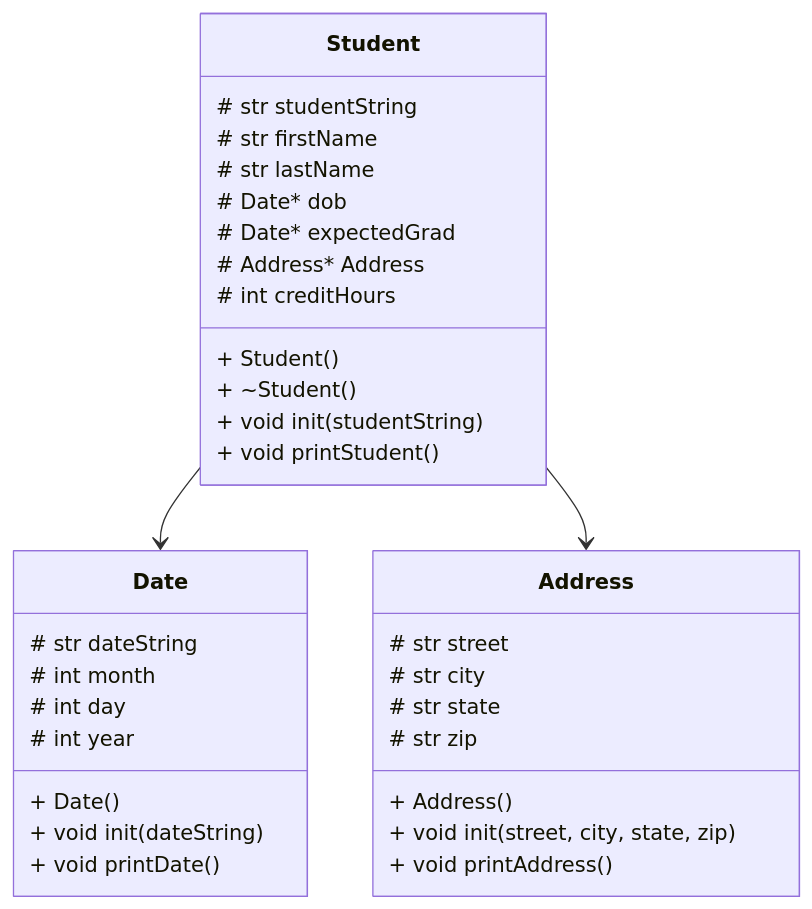
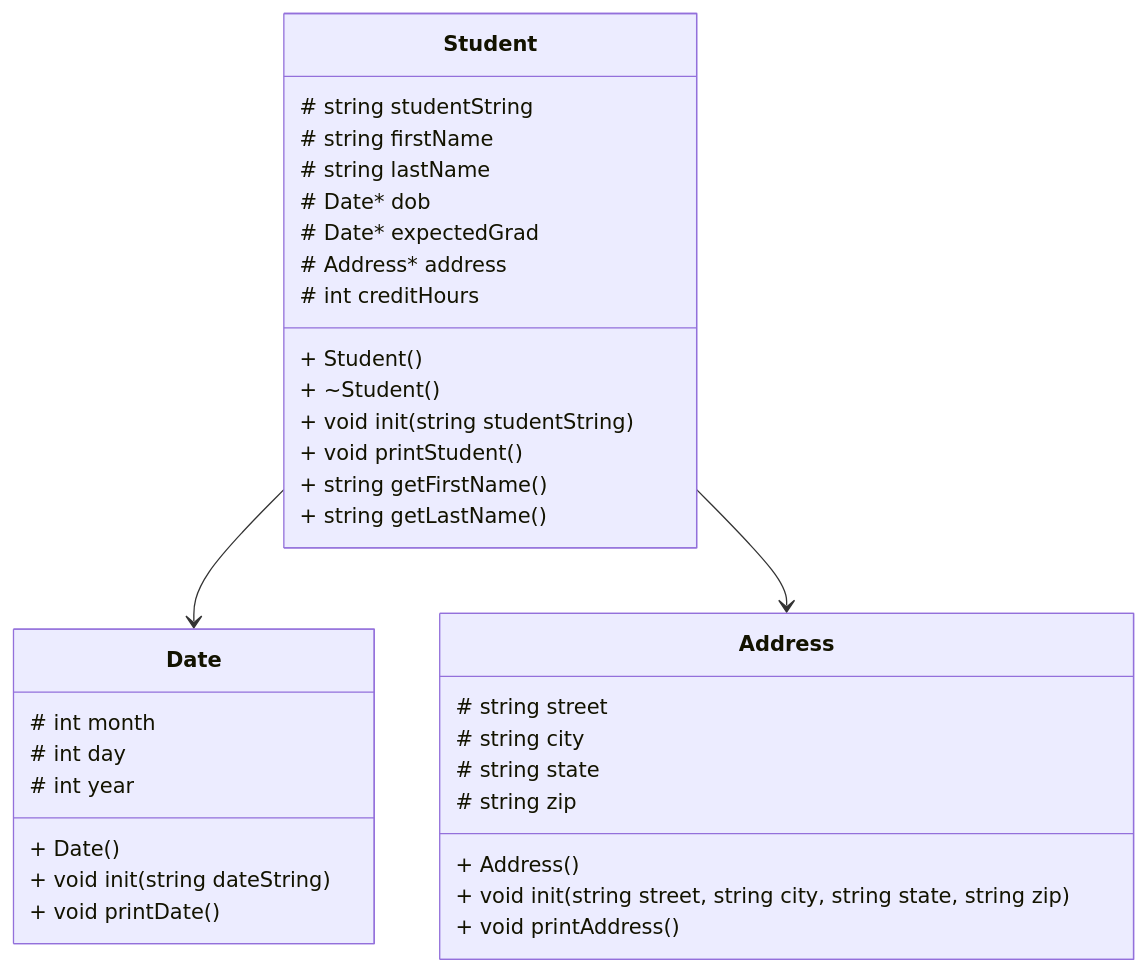
One commit to isaiahthomasit/heapOfStudents2 changed the diagram in readme.md. Above: the diagram before and after it, drawn with Mermaid.

Commit message:
Update merimaid diagram

````diff
--- a/readme.md
+++ b/readme.md
@@ -1,43 +1,43 @@
 ```mermaid
 
 classDiagram
 
-class Student{
-  # str studentString
-  # str firstName
-  # str lastName
+class Student {
+  # string studentString
+  # string firstName
+  # string lastName
   # Date* dob
   # Date* expectedGrad
-  # Address* Address
+  # Address* address
   # int creditHours
   + Student()
   + ~Student()
-  + void init(studentString)
-  + void printStudent() 
+  + void init(string studentString)
+  + void printStudent()
+  + string getFirstName()
+  + string getLastName()
 }
 
-class Date{
-  # str dateString
+class Date {
   # int month
   # int day
   # int year
   + Date()
-  + void init(dateString)
+  + void init(string dateString)
   + void printDate()
 }
 
-class Address{
-  # str street
-  # str city
-  # str state
-  # str zip
+class Address {
+  # string street
+  # string city
+  # string state
+  # string zip
   + Address()
-  + void init(street, city, state, zip)
+  + void init(string street, string city, string state, string zip)
   + void printAddress()
 }
 
 Student --> Date
-
 Student --> Address
 
 ```
````
